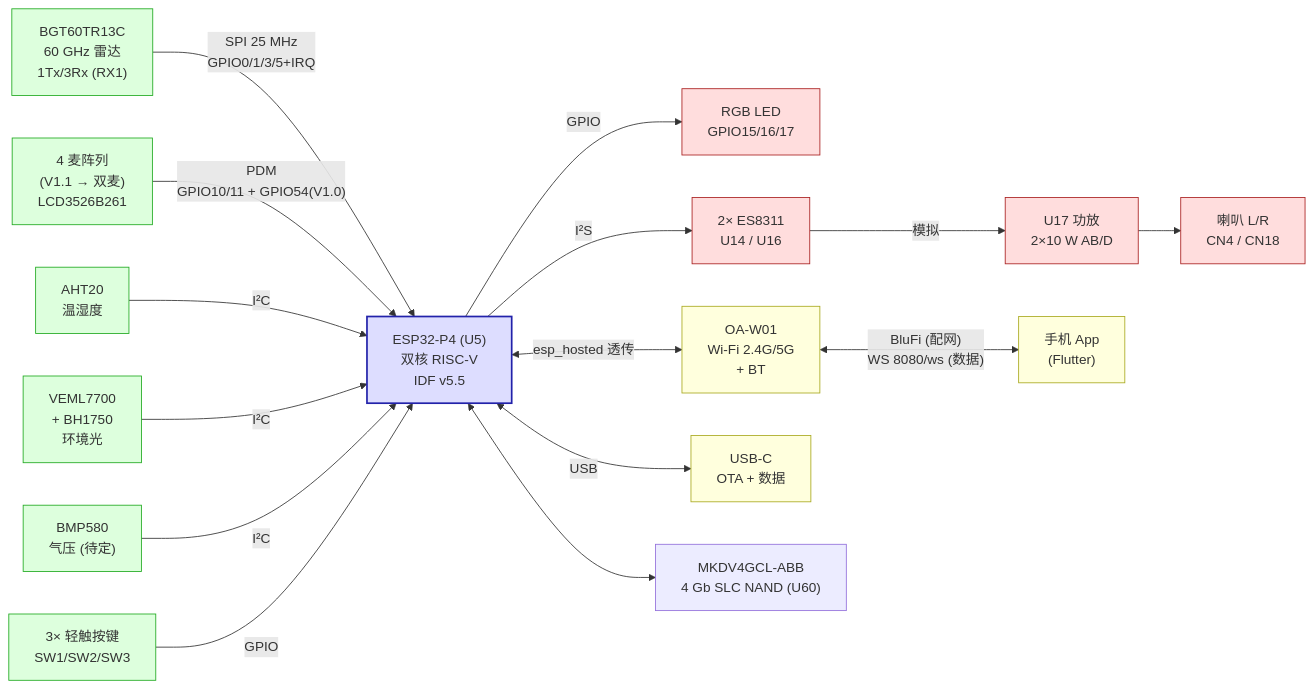
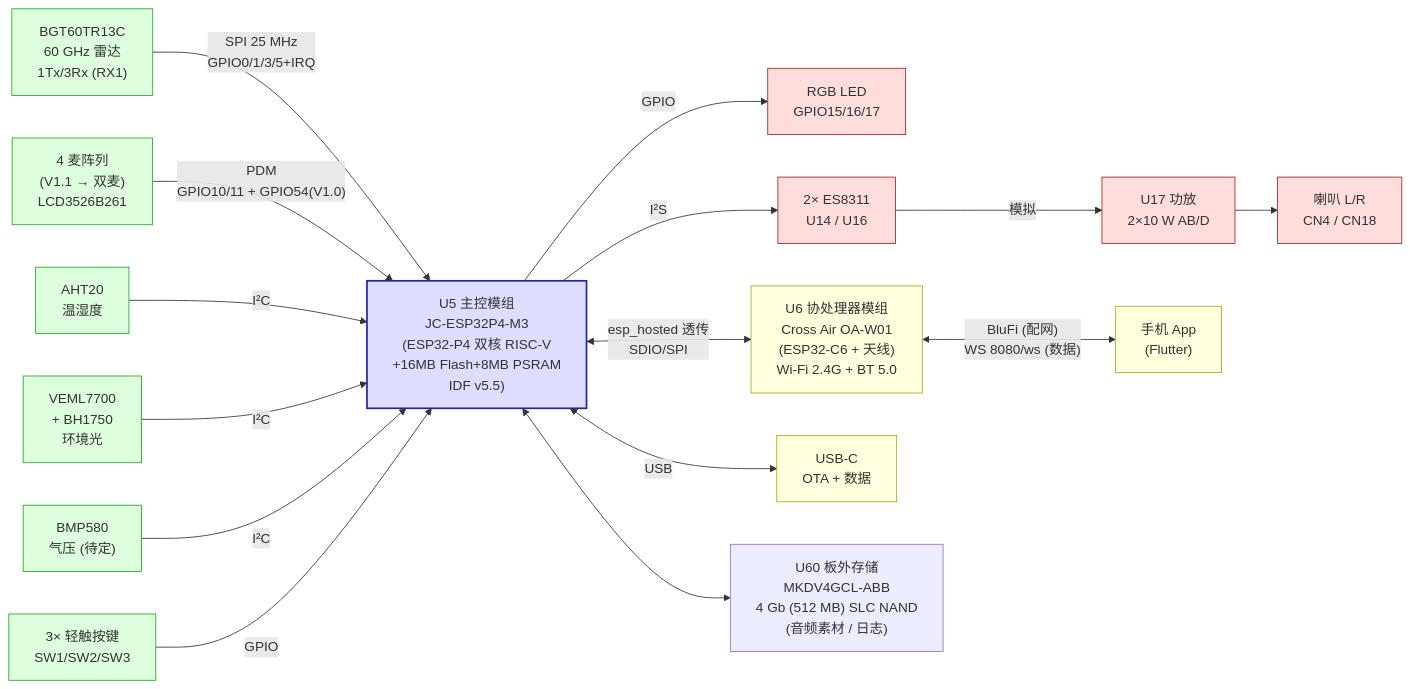
Before and after one commit to ad0233/Infineon_test: the first of 4 diagrams in doc/hardware/system-block-diagram.md, drawn with Mermaid. The commit also changed 5 other files, not shown here.

First line of the commit message:
docs: clarify P4+C6 main control architecture (JC-ESP32P4-M3 + OA-W01)

````diff
--- a/doc/hardware/system-block-diagram.md
+++ b/doc/hardware/system-block-diagram.md
@@ -11,58 +11,58 @@
 ```mermaid
 flowchart LR
     %% 输入侧
     Radar["BGT60TR13C<br/>60 GHz 雷达<br/>1Tx/3Rx (RX1)"]
     MIC["4 麦阵列<br/>(V1.1 → 双麦)<br/>LCD3526B261"]
     AHT["AHT20<br/>温湿度"]
     VEML["VEML7700<br/>+ BH1750<br/>环境光"]
     BMP["BMP580<br/>气压 (待定)"]
     BTN["3× 轻触按键<br/>SW1/SW2/SW3"]
 
-    %% 主控
-    ESP["ESP32-P4 (U5)<br/>双核 RISC-V<br/>IDF v5.5"]
+    %% 主控（P4 + C6 双芯）
+    ESP["U5 主控模组<br/>JC-ESP32P4-M3<br/>(ESP32-P4 双核 RISC-V<br/>+16MB Flash+8MB PSRAM<br/>IDF v5.5)"]
 
     %% 输出侧
     LED["RGB LED<br/>GPIO15/16/17"]
     Codec["2× ES8311<br/>U14 / U16"]
     Amp["U17 功放<br/>2×10 W AB/D"]
     Spk["喇叭 L/R<br/>CN4 / CN18"]
 
     %% 通信
-    Wifi["OA-W01<br/>Wi-Fi 2.4G/5G<br/>+ BT"]
+    Wifi["U6 协处理器模组<br/>Cross Air OA-W01<br/>(ESP32-C6 + 天线)<br/>Wi-Fi 2.4G + BT 5.0"]
     USBC["USB-C<br/>OTA + 数据"]
 
-    %% 存储
-    Flash["MKDV4GCL-ABB<br/>4 Gb SLC NAND (U60)"]
+    %% 存储（板外，M3 模组内已含 16MB Flash + 8MB PSRAM）
+    Flash["U60 板外存储<br/>MKDV4GCL-ABB<br/>4 Gb (512 MB) SLC NAND<br/>(音频素材 / 日志)"]
 
     Radar -- "SPI 25 MHz<br/>GPIO0/1/3/5+IRQ" --> ESP
     MIC -- "PDM<br/>GPIO10/11 + GPIO54(V1.0)" --> ESP
     AHT -- "I²C" --> ESP
     VEML -- "I²C" --> ESP
     BMP -- "I²C" --> ESP
     BTN -- "GPIO" --> ESP
 
     ESP -- "GPIO" --> LED
     ESP -- "I²S" --> Codec
     Codec -- "模拟" --> Amp
     Amp --> Spk
 
-    ESP <-- "esp_hosted 透传" --> Wifi
+    ESP <-- "esp_hosted 透传<br/>SDIO/SPI" --> Wifi
     ESP <-- "USB" --> USBC
 
     ESP <--> Flash
 
     %% App 侧
     App["手机 App<br/>(Flutter)"]
     Wifi <-- "BluFi (配网)<br/>WS 8080/ws (数据)" --> App
 
     %% 样式
     classDef sensor fill:#dfd,stroke:#2a2;
     classDef output fill:#fdd,stroke:#a22;
     classDef core fill:#ddf,stroke:#22a,stroke-width:2px;
     classDef comm fill:#ffd,stroke:#aa2;
 
     class Radar,MIC,AHT,VEML,BMP,BTN sensor;
     class LED,Codec,Amp,Spk output;
     class ESP core;
     class Wifi,USBC,App comm;
 ```
````
